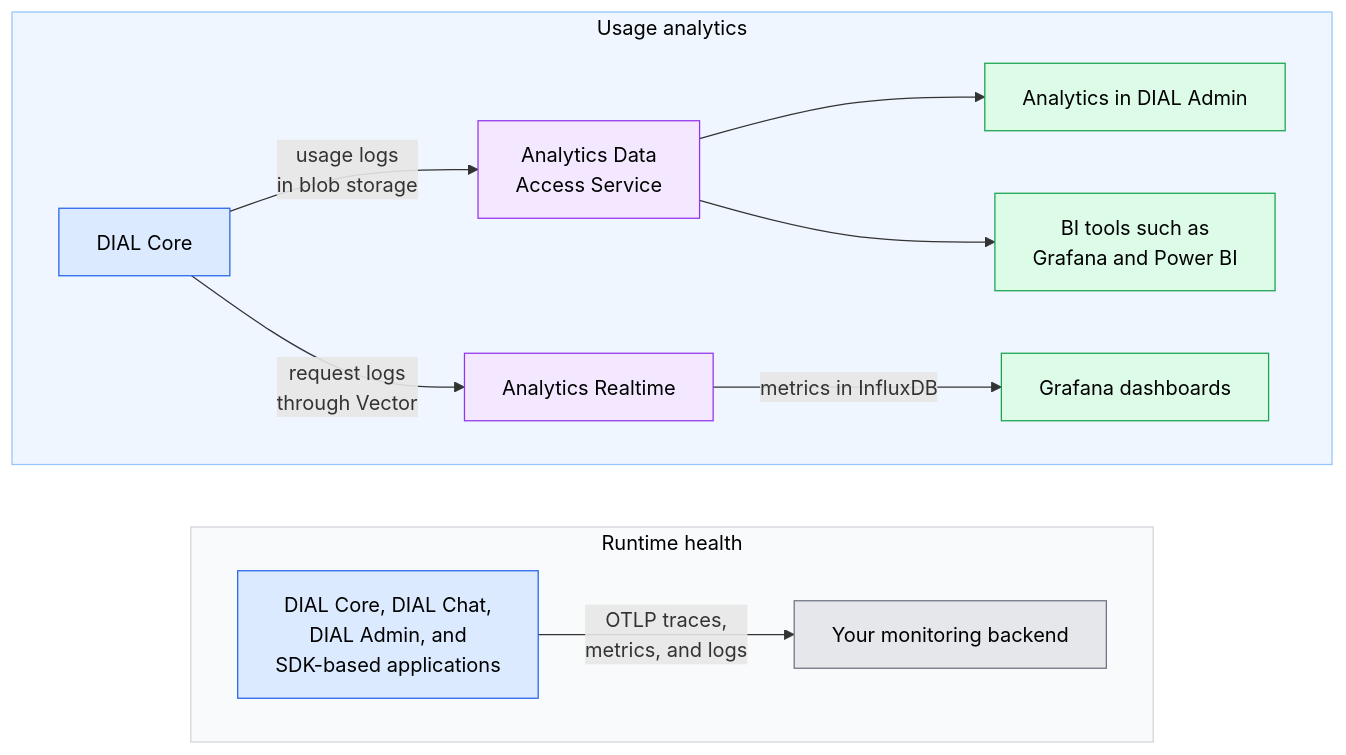
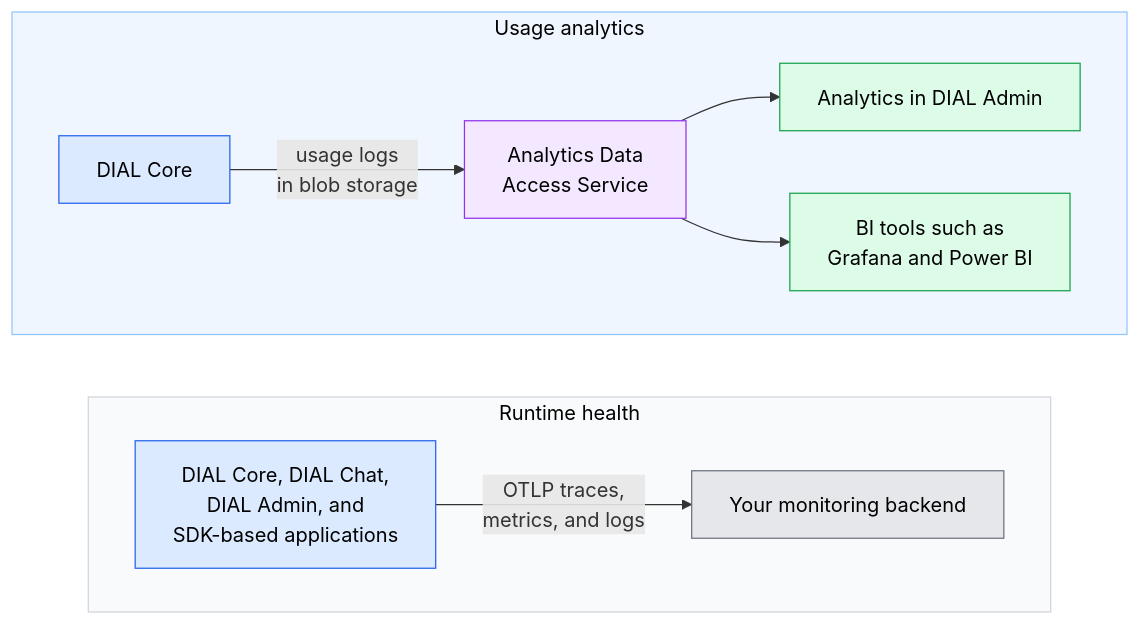
Before and after one commit to epam/ai-dial: the diagram in docs_v2/2.understand-dial/3.capabilities/5.analytics-and-observability.md, drawn with Mermaid. The commit also changed other lines of this file and 38 other files, not shown here.

First line of the commit message:
docs: add Analytics, Enrichment Runner, and Log Parser services; drop Analytics Realtime

````diff
--- a/docs_v2/2.understand-dial/3.capabilities/5.analytics-and-observability.md
+++ b/docs_v2/2.understand-dial/3.capabilities/5.analytics-and-observability.md
@@ -23,26 +23,24 @@
 ```mermaid
 flowchart LR
   subgraph Health["Runtime health"]
     direction LR
     Components["DIAL Core, DIAL Chat,<br/>DIAL Admin, and<br/>SDK-based applications"] -->|"OTLP traces,<br/>metrics, and logs"| Backend["Your monitoring backend"]
   end
   subgraph Usage["Usage analytics"]
     direction LR
     Core["DIAL Core"] -->|"usage logs<br/>in blob storage"| ADAS["Analytics Data<br/>Access Service"]
     ADAS --> Admin["Analytics in DIAL Admin"]
     ADAS --> BI["BI tools such as<br/>Grafana and Power BI"]
-    Core -->|"request logs<br/>through Vector"| Realtime["Analytics Realtime"]
-    Realtime -->|"metrics in InfluxDB"| Grafana["Grafana dashboards"]
   end
 
   classDef coreStyle fill:#dbeafe,stroke:#2563eb,color:#000000;
   class Core,Components coreStyle;
   classDef processingStyle fill:#f3e8ff,stroke:#9333ea,color:#000000;
-  class ADAS,Realtime processingStyle;
+  class ADAS processingStyle;
   classDef uiStyle fill:#dcfce7,stroke:#16a34a,color:#000000;
-  class Admin,BI,Grafana uiStyle;
+  class Admin,BI uiStyle;
   classDef extStyle fill:#e5e7eb,stroke:#6b7280,color:#000000;
   class Backend extStyle;
   style Usage fill:#eff6ff,stroke:#93c5fd,color:#000000;
   style Health fill:#f9fafb,stroke:#d1d5db,color:#000000;
 ```
````
